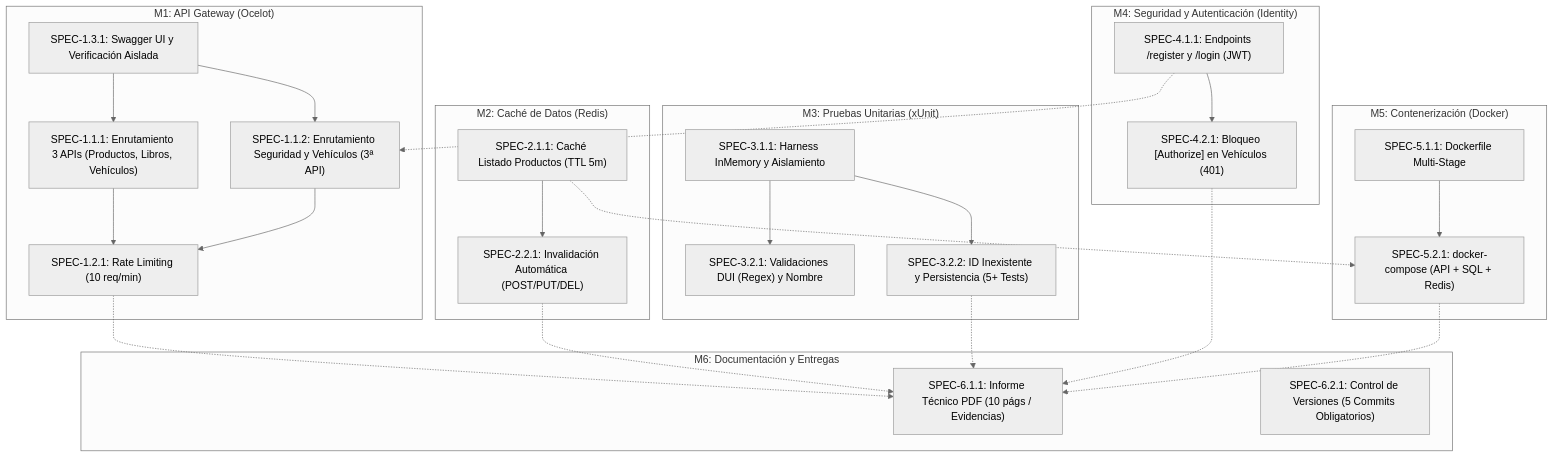
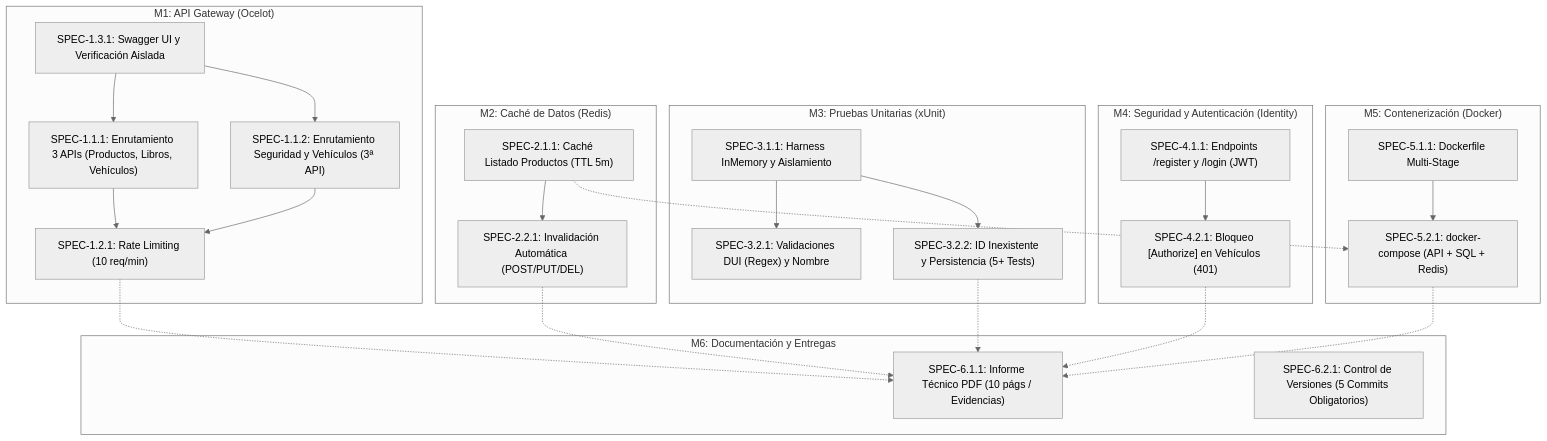
Before and after one commit to MrTobar04/DES-AutoGestion: the diagram in specs/SPEC-INDEX.md, drawn with Mermaid (neutral theme). The commit also changed other lines of this file and 2 other files, not shown here.

````diff
--- a/specs/SPEC-INDEX.md
+++ b/specs/SPEC-INDEX.md
@@ -12,51 +12,50 @@
 ```mermaid
 graph TD
     subgraph M1 ["M1: API Gateway (Ocelot)"]
         S111["SPEC-1.1.1: Enrutamiento 3 APIs (Productos, Libros, Vehículos)"]
         S112["SPEC-1.1.2: Enrutamiento Seguridad y Vehículos (3ª API)"]
         S121["SPEC-1.2.1: Rate Limiting (10 req/min)"]
         S131["SPEC-1.3.1: Swagger UI y Verificación Aislada"]
         S131 --> S111
         S131 --> S112
         S111 --> S121
         S112 --> S121
     end
 
     subgraph M2 ["M2: Caché de Datos (Redis)"]
         S211["SPEC-2.1.1: Caché Listado Productos (TTL 5m)"]
         S221["SPEC-2.2.1: Invalidación Automática (POST/PUT/DEL)"]
         S211 --> S221
     end
 
     subgraph M3 ["M3: Pruebas Unitarias (xUnit)"]
         S311["SPEC-3.1.1: Harness InMemory y Aislamiento"]
         S321["SPEC-3.2.1: Validaciones DUI (Regex) y Nombre"]
         S322["SPEC-3.2.2: ID Inexistente y Persistencia (5+ Tests)"]
         S311 --> S321
         S311 --> S322
     end
 
     subgraph M4 ["M4: Seguridad y Autenticación (Identity)"]
         S411["SPEC-4.1.1: Endpoints /register y /login (JWT)"]
         S421["SPEC-4.2.1: Bloqueo [Authorize] en Vehículos (401)"]
         S411 --> S421
-        S411 -.-> S112
     end
 
     subgraph M5 ["M5: Contenerización (Docker)"]
         S511["SPEC-5.1.1: Dockerfile Multi-Stage"]
         S521["SPEC-5.2.1: docker-compose (API + SQL + Redis)"]
         S511 --> S521
         S211 -.-> S521
     end
 
     subgraph M6 ["M6: Documentación y Entregas"]
         S611["SPEC-6.1.1: Informe Técnico PDF (10 págs / Evidencias)"]
         S621["SPEC-6.2.1: Control de Versiones (5 Commits Obligatorios)"]
         S121 -.-> S611
         S221 -.-> S611
         S322 -.-> S611
         S421 -.-> S611
         S521 -.-> S611
     end
 ```
````
